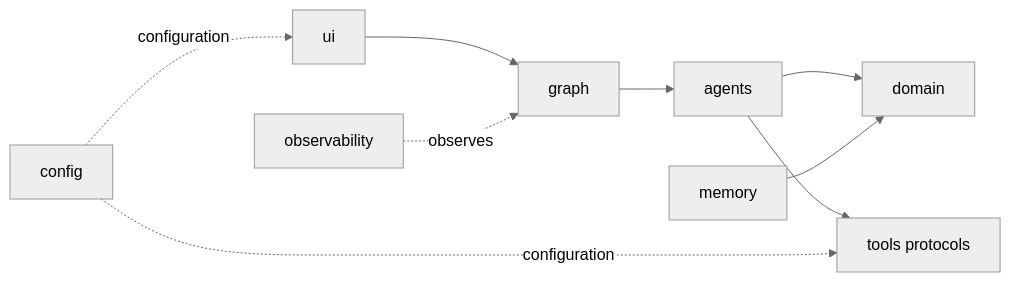
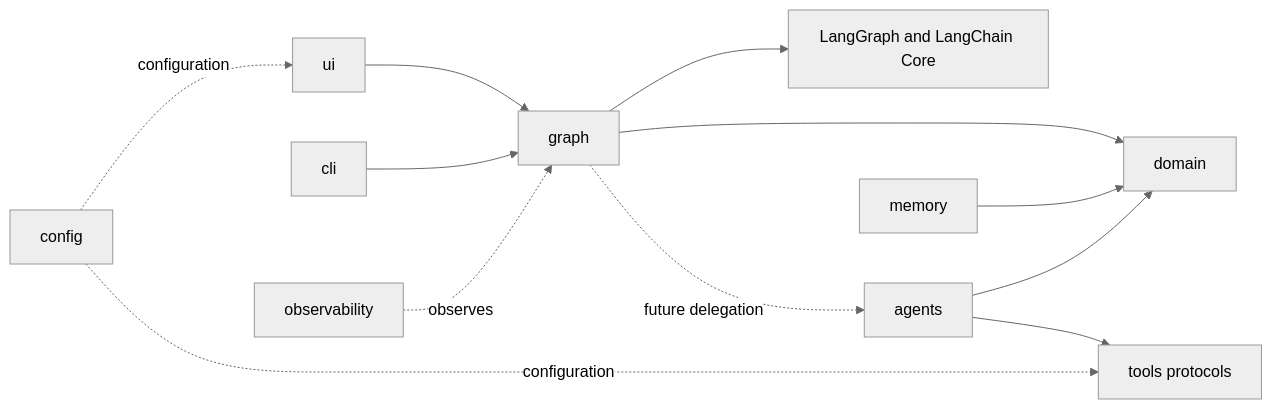
One commit to shanly-rajan/ai-builder changed the sixth of 7 diagrams in projects/scholar-path/docs/architecture.md. Above: the diagram before and after it, drawn with Mermaid (neutral theme). The commit also changed other lines of this file and 18 other files, not shown here.

````diff
--- a/projects/scholar-path/docs/architecture.md
+++ b/projects/scholar-path/docs/architecture.md
@@ -94,11 +178,14 @@
 ```mermaid
 flowchart LR
     UI[ui] --> GRAPH[graph]
-    GRAPH --> AGENTS[agents]
-    AGENTS --> DOMAIN[domain]
+    CLI[cli] --> GRAPH
+    GRAPH --> LANGGRAPH[LangGraph and LangChain Core]
+    GRAPH --> DOMAIN[domain]
+    GRAPH -. future delegation .-> AGENTS[agents]
+    AGENTS --> DOMAIN
     AGENTS --> TOOLS[tools protocols]
     MEMORY[memory] --> DOMAIN
     OBS[observability] -. observes .-> GRAPH
     CONFIG[config] -. configuration .-> UI
     CONFIG -. configuration .-> TOOLS
 ```
````
